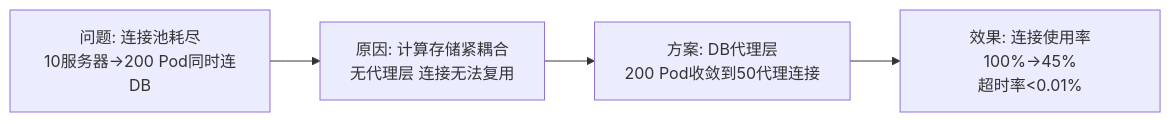
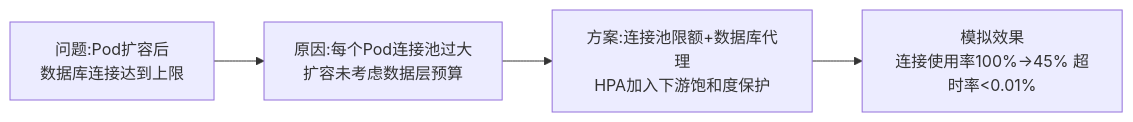
The third of 4 diagrams in 02-论文专题/0005-云原生/00-大纲记忆卡.md (EdgarLQS/SoftwareArchitectureExamGuide), drawn with Mermaid before and after one commit. The commit also changed other lines of this file, not shown here.

````diff
--- a/02-论文专题/0005-云原生/00-大纲记忆卡.md
+++ b/02-论文专题/0005-云原生/00-大纲记忆卡.md
@@ -50,6 +99,6 @@
 ```mermaid
 flowchart LR
-    A["问题: 连接池耗尽<br/>10服务器→200 Pod同时连DB"] --> B["原因: 计算存储紧耦合<br/>无代理层 连接无法复用"]
-    B --> C["方案: DB代理层<br/>200 Pod收敛到50代理连接"]
-    C --> D["效果: 连接使用率100%→45%<br/>超时率<0.01%"]
+    A["问题:Pod扩容后<br/>数据库连接达到上限"] --> B["原因:每个Pod连接池过大<br/>扩容未考虑数据层预算"]
+    B --> C["方案:连接池限额+数据库代理<br/>HPA加入下游饱和度保护"]
+    C --> D["模拟效果<br/>连接使用率100%→45% 超时率<0.01%"]
 ```
````
